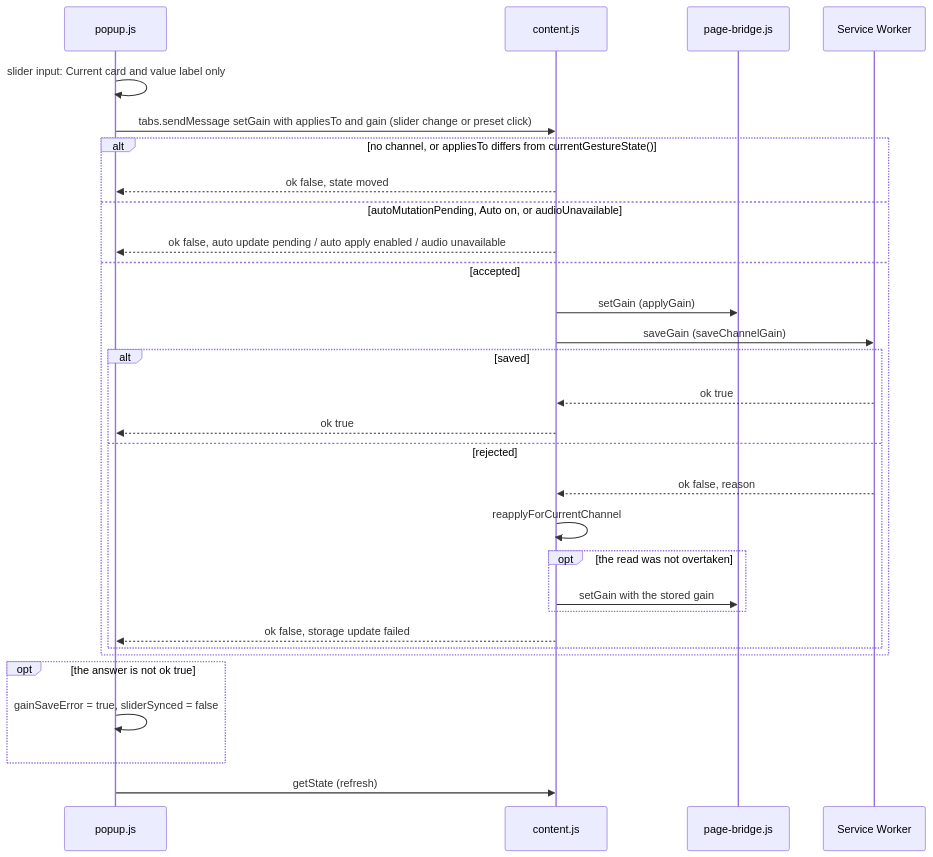
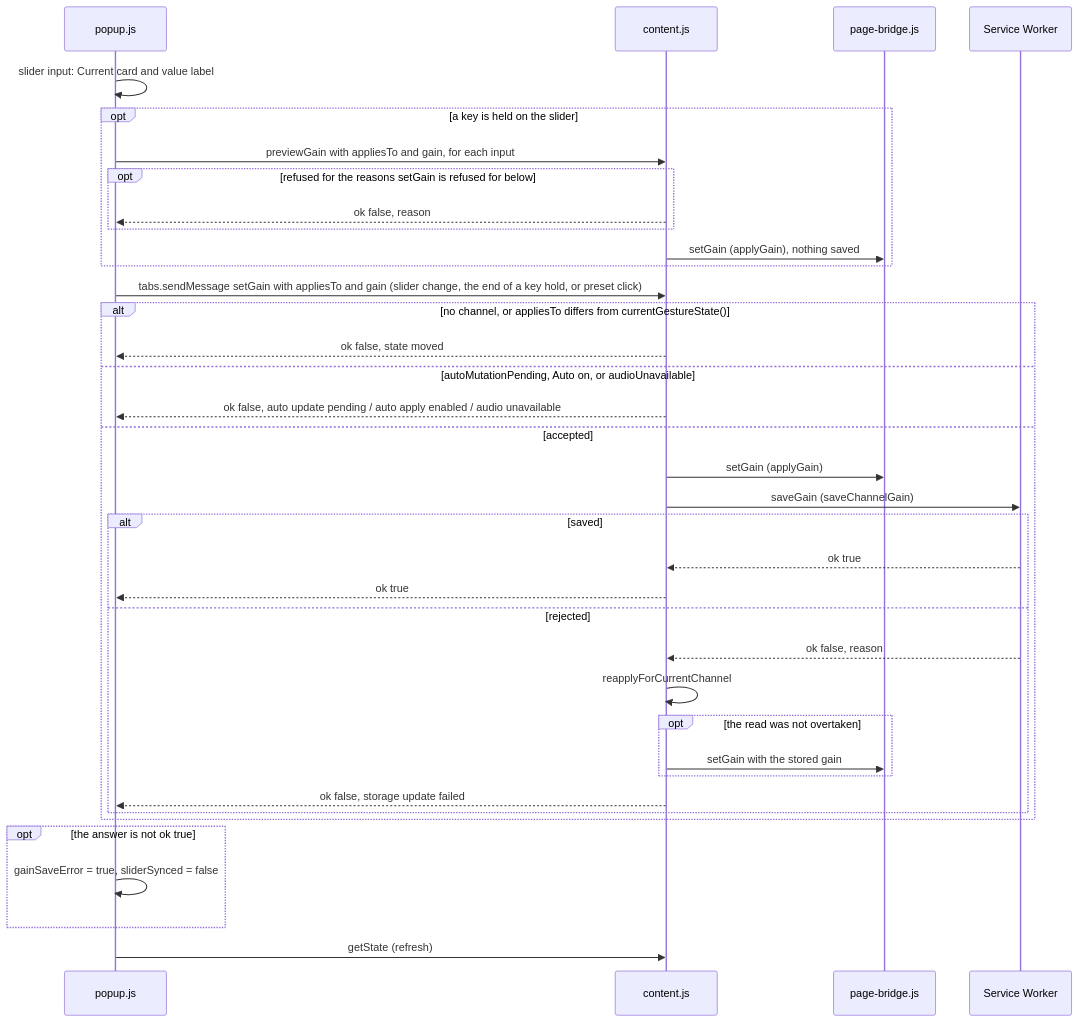
One commit to semnil/twitch-channel-volume changed the sixth of 17 diagrams in docs/gain-change-and-save.md. Above: the diagram before and after it, drawn with Mermaid. The commit also changed other lines of this file and 7 other files, not shown here.

````diff
--- a/docs/gain-change-and-save.md
+++ b/docs/gain-change-and-save.md
@@ -253,32 +253,39 @@
 ```mermaid
 sequenceDiagram
   participant popup as popup.js
   participant content as content.js
   participant bridge as page-bridge.js
   participant sw as Service Worker
-  popup->>popup: slider input: Current card and value label only
-  popup->>content: tabs.sendMessage setGain with appliesTo and gain (slider change or preset click)
+  popup->>popup: slider input: Current card and value label
+  opt a key is held on the slider
+    popup->>content: previewGain with appliesTo and gain, for each input
+    opt refused for the reasons setGain is refused for below
+      content-->>popup: ok false, reason
+    end
+    content->>bridge: setGain (applyGain), nothing saved
+  end
+  popup->>content: tabs.sendMessage setGain with appliesTo and gain (slider change, the end of a key hold, or preset click)
   alt no channel, or appliesTo differs from currentGestureState()
     content-->>popup: ok false, state moved
   else autoMutationPending, Auto on, or audioUnavailable
     content-->>popup: ok false, auto update pending / auto apply enabled / audio unavailable
   else accepted
     content->>bridge: setGain (applyGain)
     content->>sw: saveGain (saveChannelGain)
     alt saved
       sw-->>content: ok true
       content-->>popup: ok true
     else rejected
       sw-->>content: ok false, reason
       content->>content: reapplyForCurrentChannel
       opt the read was not overtaken
         content->>bridge: setGain with the stored gain
       end
       content-->>popup: ok false, storage update failed
     end
   end
   opt the answer is not ok true
     popup->>popup: gainSaveError = true, sliderSynced = false
   end
   popup->>content: getState (refresh)
 ```
````
